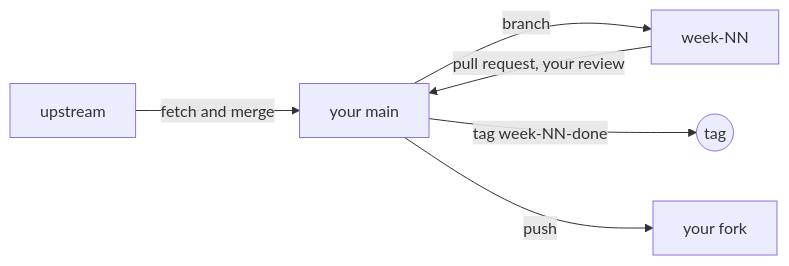
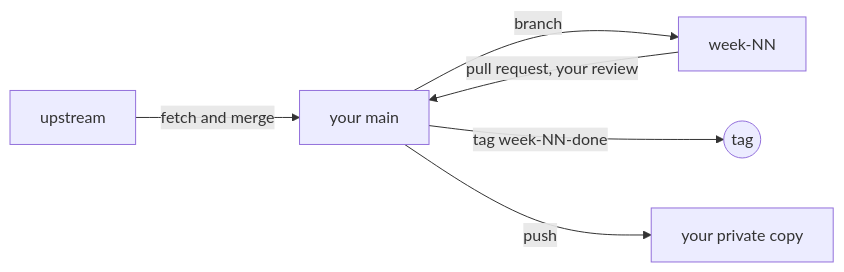
Before and after one commit to LibreOpsLab/server-security-lab: the diagram in docs/git-workflow.md, drawn with Mermaid. The commit also changed other lines of this file and 9 other files, not shown here.

First line of the commit message:
Replace public-fork workflow with a scripted private copy that keeps history

````diff
--- a/docs/git-workflow.md
+++ b/docs/git-workflow.md
@@ -14,8 +23,8 @@
 ```mermaid
 flowchart LR
   U[upstream] -- fetch and merge --> M[your main]
   M -- branch --> W[week-NN]
   W -- pull request, your review --> M
   M -- tag week-NN-done --> T((tag))
-  M -- push --> F[your fork]
+  M -- push --> F[your private copy]
 ```
````
